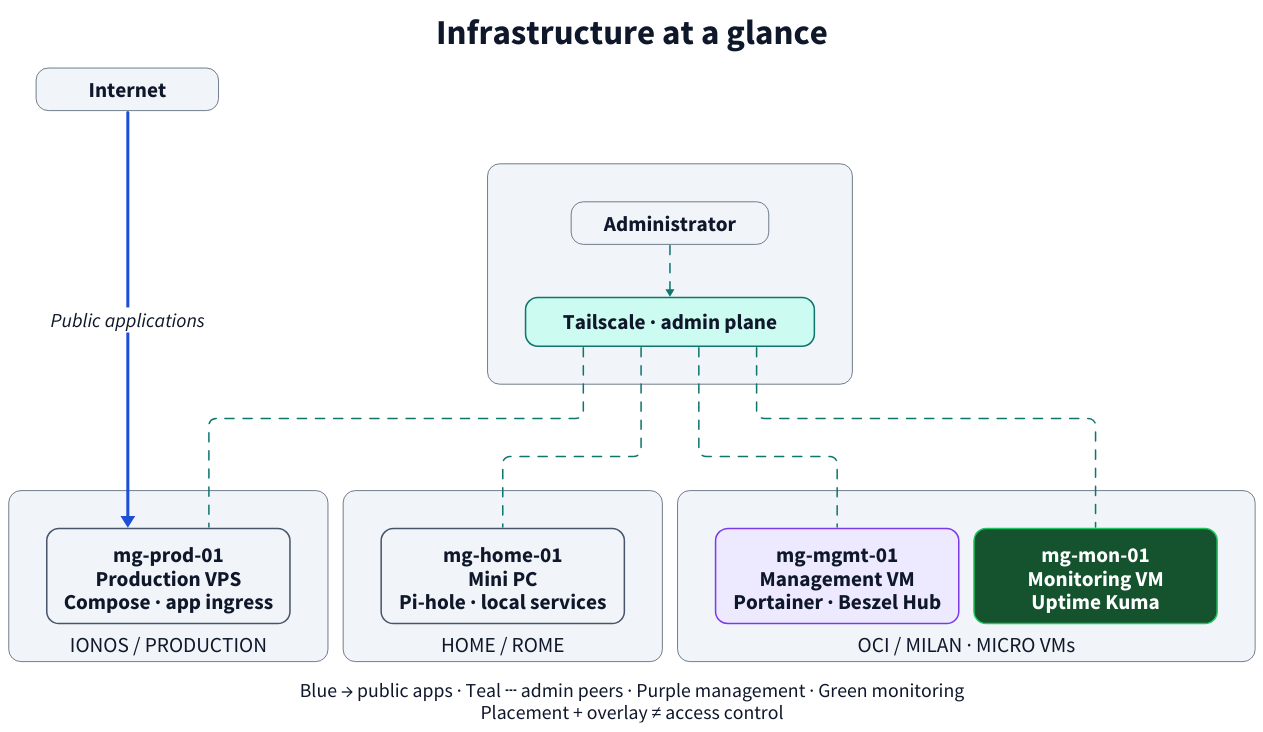
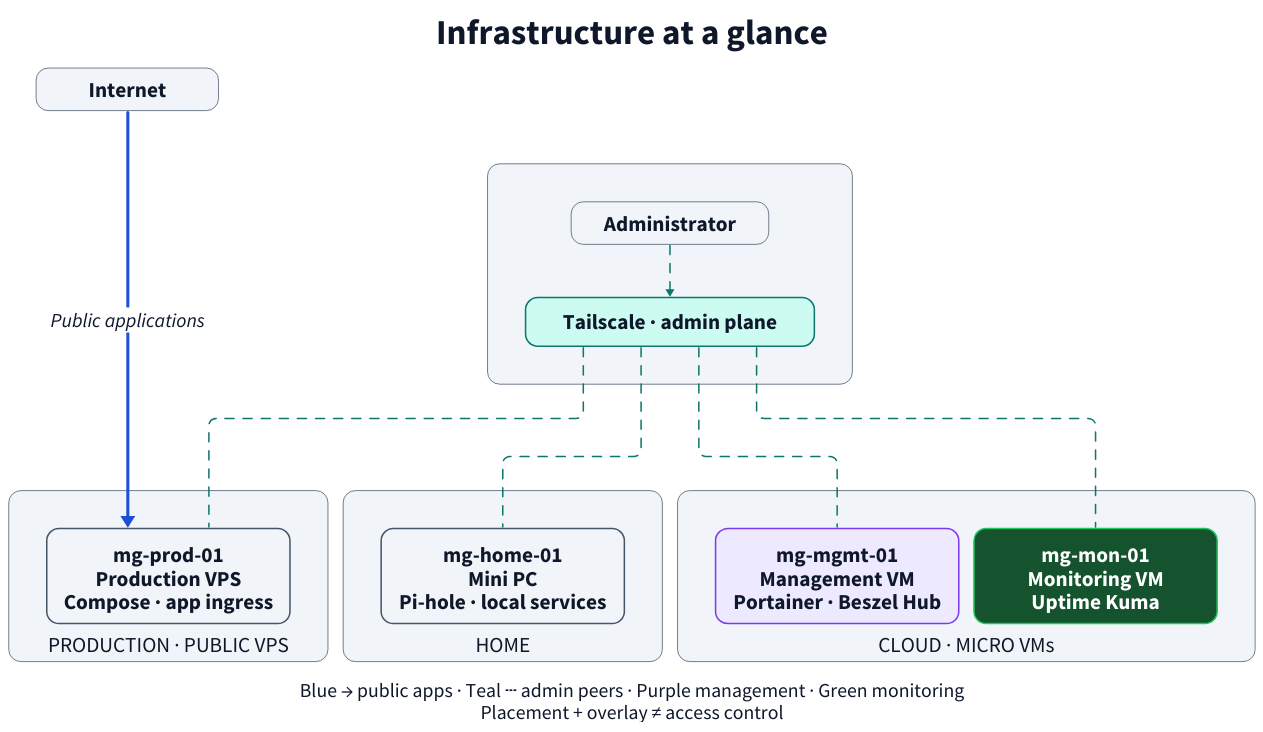
One commit to matteo-genovese/mg-lab changed the diagram in diagrams/src/infrastructure-overview.d2. Above: the diagram before and after it, drawn with D2. The commit also changed 32 other files, not shown here.

```diff
--- a/diagrams/src/infrastructure-overview.d2
+++ b/diagrams/src/infrastructure-overview.d2
@@ -1,55 +1,55 @@
 direction: down
 vars: {d2-config: {layout-engine: elk; theme-id: 0}}
 **.style.font-size: 28
 **.style.font-color: "#0f172a"
 **.style.border-radius: 16
 classes: {
   group: {label.near: bottom-center; style: {fill: "#f1f5f9"; stroke: "#475569"; stroke-width: 1; font-size: 26; border-radius: 20}}
   host: {style: {fill: "#f1f5f9"; stroke: "#475569"; stroke-width: 2; font-size: 30; border-radius: 12}}
   actor: {style: {fill: "#f1f5f9"; stroke: "#475569"; stroke-width: 1; font-size: 28; border-radius: 24}}
   control: {style: {fill: "#ede9fe"; stroke: "#7c3aed"; stroke-width: 2; font-size: 30; border-radius: 12}}
   monitor: {style: {fill: "#14532d"; stroke: "#22c55e"; stroke-width: 2; font-size: 30; border-radius: 12}}
   overlay: {style: {fill: "#ccfbf1"; stroke: "#0f766e"; stroke-width: 2; font-size: 30; border-radius: 24}}
   public: {style: {stroke: "#1d4ed8"; stroke-width: 4; font-size: 26; font-color: "#0f172a"}}
   private: {style: {stroke: "#0f766e"; stroke-width: 2; stroke-dash: 6; font-size: 26; font-color: "#0f172a"}}
   local: {style: {stroke: "#475569"; stroke-width: 2; font-size: 26; font-color: "#0f172a"}}
 }
 
 title: "Infrastructure at a glance" {
   shape: text
   near: top-center
   style.font-size: 46
   style.bold: true
 }
 internet: "Internet" {class: actor; width: 240; height: 56}
 access: "" {
   direction: right
   class: group
   admin: "Administrator" {class: actor; width: 260; height: 56}
   tailnet: "Tailscale · admin plane" {class: overlay; width: 380; height: 64}
   admin -> tailnet: {class: private}
 }
-ionos: "IONOS / PRODUCTION" {
+vps: "PRODUCTION · PUBLIC VPS" {
   class: group
   prod: "mg-prod-01\nProduction VPS\nCompose · app ingress" {class: host; width: 320; height: 125}
 }
-home: "HOME / ROME" {
+home: "HOME" {
   class: group
   node: "mg-home-01\nMini PC\nPi-hole · local services" {class: host; width: 320; height: 125}
 }
-oci: "OCI / MILAN · MICRO VMs" {
+cloud: "CLOUD · MICRO VMs" {
   class: group
   mgmt: "mg-mgmt-01\nManagement VM\nPortainer · Beszel Hub" {class: control; width: 320; height: 125}
   mon: "mg-mon-01\nMonitoring VM\nUptime Kuma" {class: monitor; width: 320; height: 125; style.font-color: "#ffffff"}
 }
-internet -> ionos.prod: "Public applications" {class: public}
+internet -> vps.prod: "Public applications" {class: public}
 # Arrowless peer links: ELK direction is a layout constraint.
-access.tailnet -> ionos.prod: {class: private; target-arrowhead.shape: none}
+access.tailnet -> vps.prod: {class: private; target-arrowhead.shape: none}
 access.tailnet -> home.node: {class: private; target-arrowhead.shape: none}
-access.tailnet -> oci.mgmt: {class: private; target-arrowhead.shape: none}
-access.tailnet -> oci.mon: {class: private; target-arrowhead.shape: none}
+access.tailnet -> cloud.mgmt: {class: private; target-arrowhead.shape: none}
+access.tailnet -> cloud.mon: {class: private; target-arrowhead.shape: none}
 legend: "Blue → public apps  ·  Teal ┄ admin peers  ·  Purple management  ·  Green monitoring\nPlacement + overlay ≠ access control" {
   shape: text
   near: bottom-center
   style.font-size: 26
 }
```
